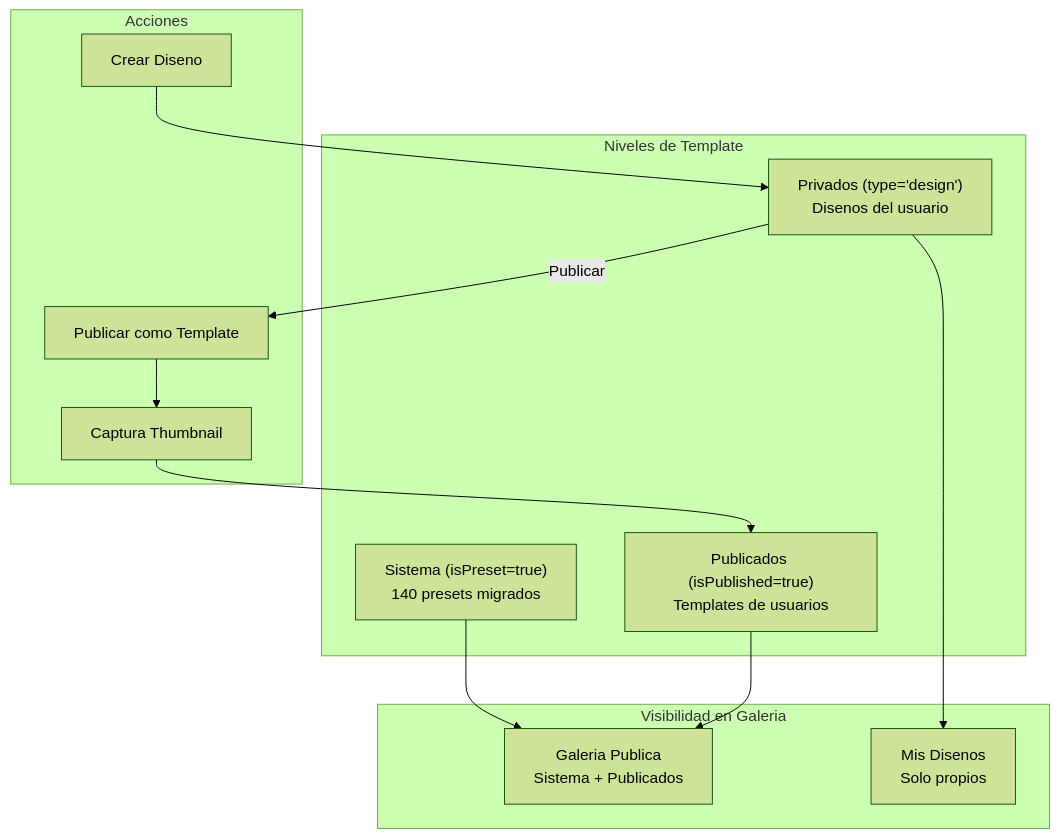
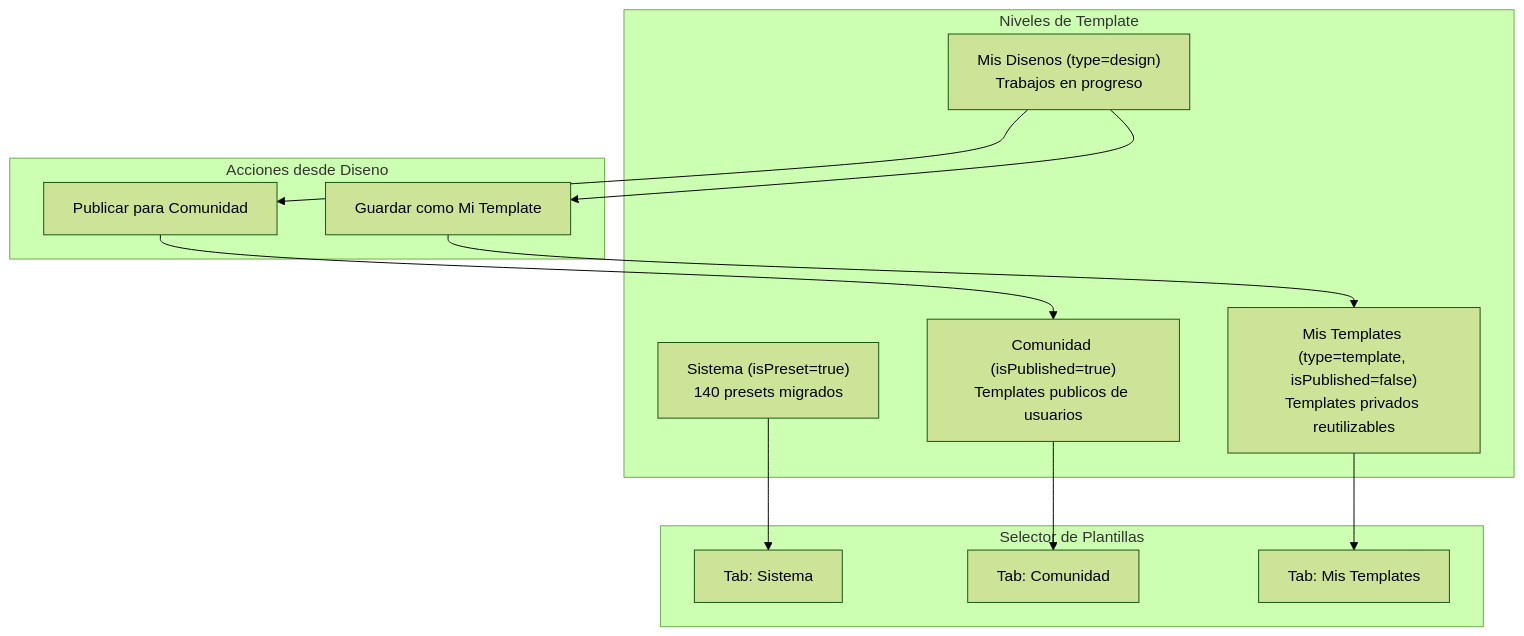
Before and after one commit to wilfredonoyola/futbolify-backend-v2: the first of 2 diagrams in PLAN-MIS-DISENOS.md, drawn with Mermaid (forest theme). The commit also changed other lines of this file, not shown here.

First line of the commit message:
docs: update plan with My Templates + Community flow

````diff
--- a/PLAN-MIS-DISENOS.md
+++ b/PLAN-MIS-DISENOS.md
@@ -57,28 +57,29 @@
 ```mermaid
 flowchart TD
     subgraph Levels [Niveles de Template]
         SystemPresets["Sistema (isPreset=true)<br/>140 presets migrados"]
-        UserPublished["Publicados (isPublished=true)<br/>Templates de usuarios"]
-        UserPrivate["Privados (type='design')<br/>Disenos del usuario"]
+        CommunityTemplates["Comunidad (isPublished=true)<br/>Templates publicos de usuarios"]
+        MyTemplates["Mis Templates (type=template, isPublished=false)<br/>Templates privados reutilizables"]
+        MyDesigns["Mis Disenos (type=design)<br/>Trabajos en progreso"]
     end
     
-    subgraph Visibility [Visibilidad en Galeria]
-        PublicGallery["Galeria Publica<br/>Sistema + Publicados"]
-        PrivateGallery["Mis Disenos<br/>Solo propios"]
+    subgraph GaleriaSelector [Selector de Plantillas]
+        TabSystem["Tab: Sistema"]
+        TabCommunity["Tab: Comunidad"]
+        TabMine["Tab: Mis Templates"]
     end
     
-    subgraph Actions [Acciones]
-        Create[Crear Diseno]
-        Publish[Publicar como Template]
-        Capture[Captura Thumbnail]
+    subgraph Actions [Acciones desde Diseno]
+        SaveAsTemplate["Guardar como Mi Template"]
+        PublishCommunity["Publicar para Comunidad"]
     end
     
-    SystemPresets --> PublicGallery
-    UserPublished --> PublicGallery
-    UserPrivate --> PrivateGallery
+    SystemPresets --> TabSystem
+    CommunityTemplates --> TabCommunity
+    MyTemplates --> TabMine
     
-    Create --> UserPrivate
-    UserPrivate --> |"Publicar"| Publish
-    Publish --> Capture
-    Capture --> UserPublished
+    MyDesigns --> SaveAsTemplate
+    MyDesigns --> PublishCommunity
+    SaveAsTemplate --> MyTemplates
+    PublishCommunity --> CommunityTemplates
 ```
````
